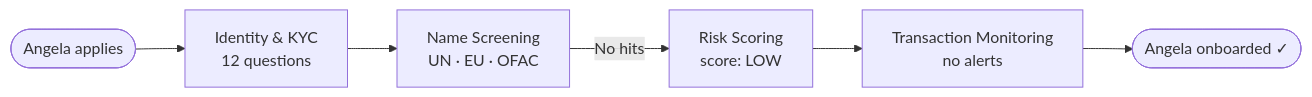
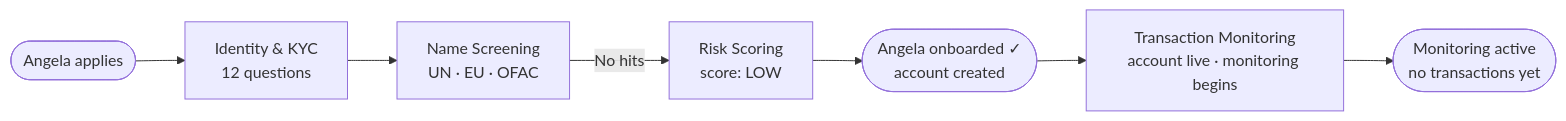
One commit to Birkfand/AML_product_UX_brainstorming changed the second of 5 diagrams in src/lib/aml/SPEC.md. Above: the diagram before and after it, drawn with Mermaid. The commit also changed 2 other files, not shown here.

Commit message:
Remove TM from onboarding checks — new customers have no transactions
Transaction Monitoring now activates after the customer is welcomed,
not as part of the onboarding sequence. Onboarding ends at CRR complete.
TM starts only when the account goes live, framed as monitoring beginning
rather than a transaction check.

````diff
--- a/src/lib/aml/SPEC.md
+++ b/src/lib/aml/SPEC.md
@@ -66,8 +66,9 @@
 ```mermaid
 flowchart LR
     A([Angela applies]) --> B[Identity & KYC\n12 questions]
     B --> C[Name Screening\nUN · EU · OFAC]
     C -->|No hits| D[Risk Scoring\nscore: LOW]
-    D --> E[Transaction Monitoring\nno alerts]
-    E --> F([Angela onboarded ✓])
+    D --> E([Angela onboarded ✓\naccount created])
+    E --> F[Transaction Monitoring\naccount live · monitoring begins]
+    F --> G([Monitoring active\nno transactions yet])
 ```
````
